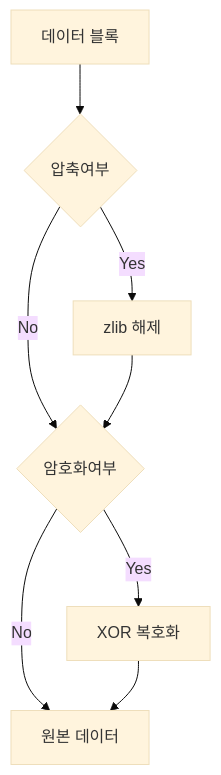
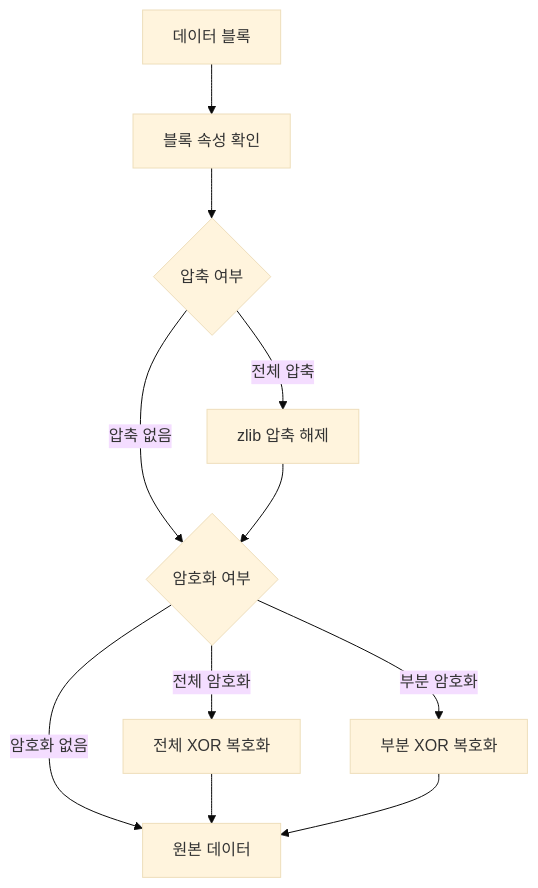
The second of 2 diagrams in docs/flows/jmd_read_flow.md (MeroZemory/JMDReader), drawn with Mermaid (base theme) before and after one commit. The commit also changed other lines of this file and 1 other file, not shown here.

````diff
--- a/docs/flows/jmd_read_flow.md
+++ b/docs/flows/jmd_read_flow.md
@@ -40,10 +35,13 @@
 ```mermaid
 flowchart TD
-    A[데이터 블록] --> B{압축여부}
-    B -->|Yes| C[zlib 해제]
-    B -->|No| D{암호화여부}
-    C --> D
-    D -->|Yes| E[XOR 복호화]
-    D -->|No| F[원본 데이터]
-    E --> F
+    A[데이터 블록] --> B[블록 속성 확인]
+    B --> C{압축 여부}
+    C -->|전체 압축| D[zlib 압축 해제]
+    C -->|압축 없음| E{암호화 여부}
+    D --> E
+    E -->|전체 암호화| F[전체 XOR 복호화]
+    E -->|부분 암호화| G[부분 XOR 복호화]
+    E -->|암호화 없음| H[원본 데이터]
+    F --> H
+    G --> H
 ```
````
